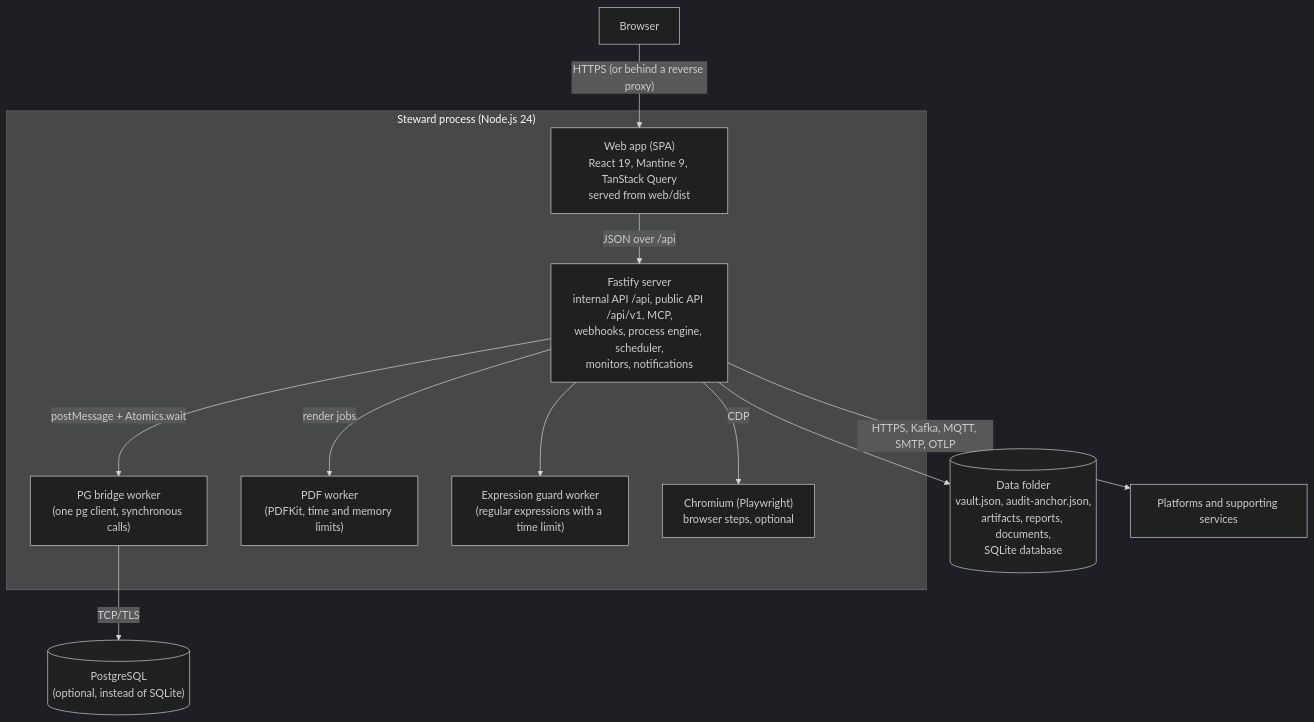
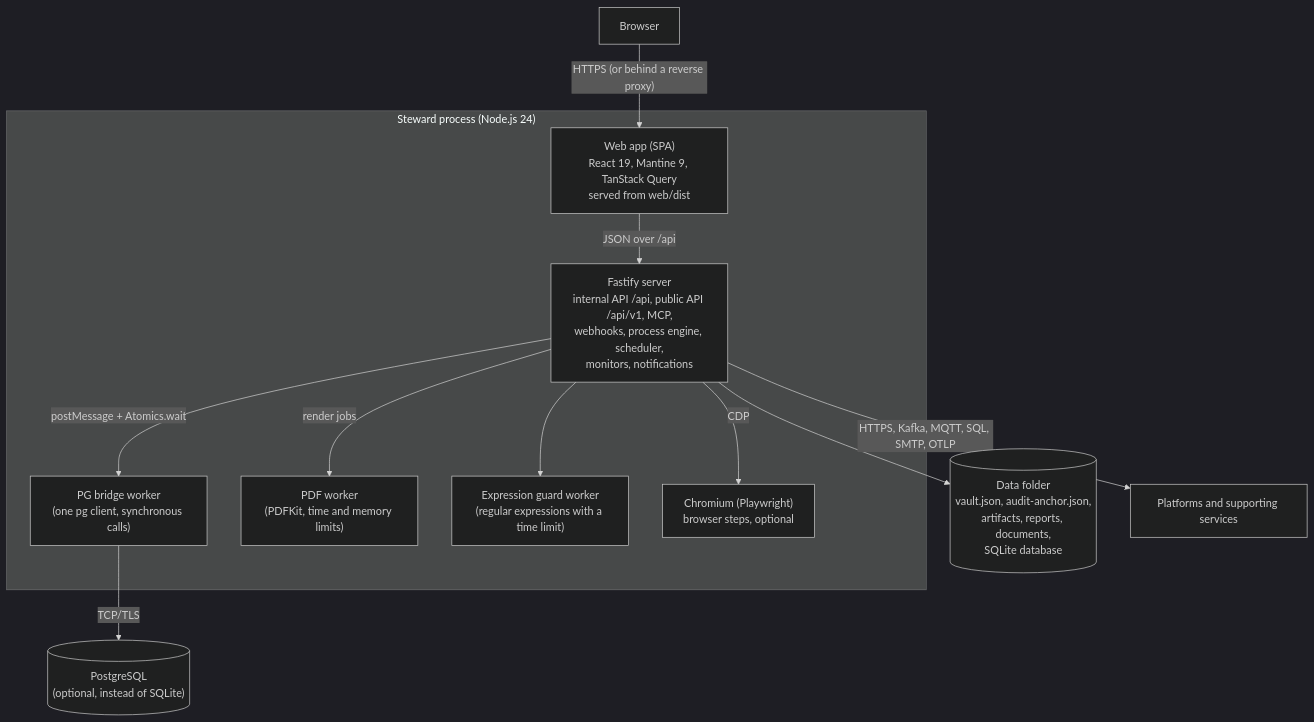
Before and after one commit to vxrz/Steward: the second of 2 diagrams in docs/ARCHITECTURE.md, drawn with Mermaid (dark theme). The commit also changed other lines of this file and 4 other files, not shown here.

Commit message:
docs: database platforms (DATABASES.md with read-only roles), architecture, MCP, monitors, changelog

````diff
--- a/docs/ARCHITECTURE.md
+++ b/docs/ARCHITECTURE.md
@@ -55,25 +55,25 @@
 ```mermaid
 flowchart TB
   user["Browser"]
   subgraph process ["Steward process (Node.js 24)"]
     spa["Web app (SPA)<br/>React 19, Mantine 9, TanStack Query<br/>served from web/dist"]
     server["Fastify server<br/>internal API /api, public API /api/v1, MCP,<br/>webhooks, process engine, scheduler,<br/>monitors, notifications"]
     pgw["PG bridge worker<br/>(one pg client, synchronous calls)"]
     pdf["PDF worker<br/>(PDFKit, time and memory limits)"]
     rx["Expression guard worker<br/>(regular expressions with a time limit)"]
     browser["Chromium (Playwright)<br/>browser steps, optional"]
   end
   data[("Data folder<br/>vault.json, audit-anchor.json,<br/>artifacts, reports, documents,<br/>SQLite database")]
   pg[("PostgreSQL<br/>(optional, instead of SQLite)")]
   ext["Platforms and supporting services"]
 
   user -->|"HTTPS (or behind a reverse proxy)"| spa
   spa -->|"JSON over /api"| server
   server --> data
   server -->|"postMessage + Atomics.wait"| pgw
   pgw -->|"TCP/TLS"| pg
   server -->|"render jobs"| pdf
   server --> rx
   server -->|"CDP"| browser
-  server -->|"HTTPS, Kafka, MQTT, SMTP, OTLP"| ext
+  server -->|"HTTPS, Kafka, MQTT, SQL, SMTP, OTLP"| ext
 ```
````
